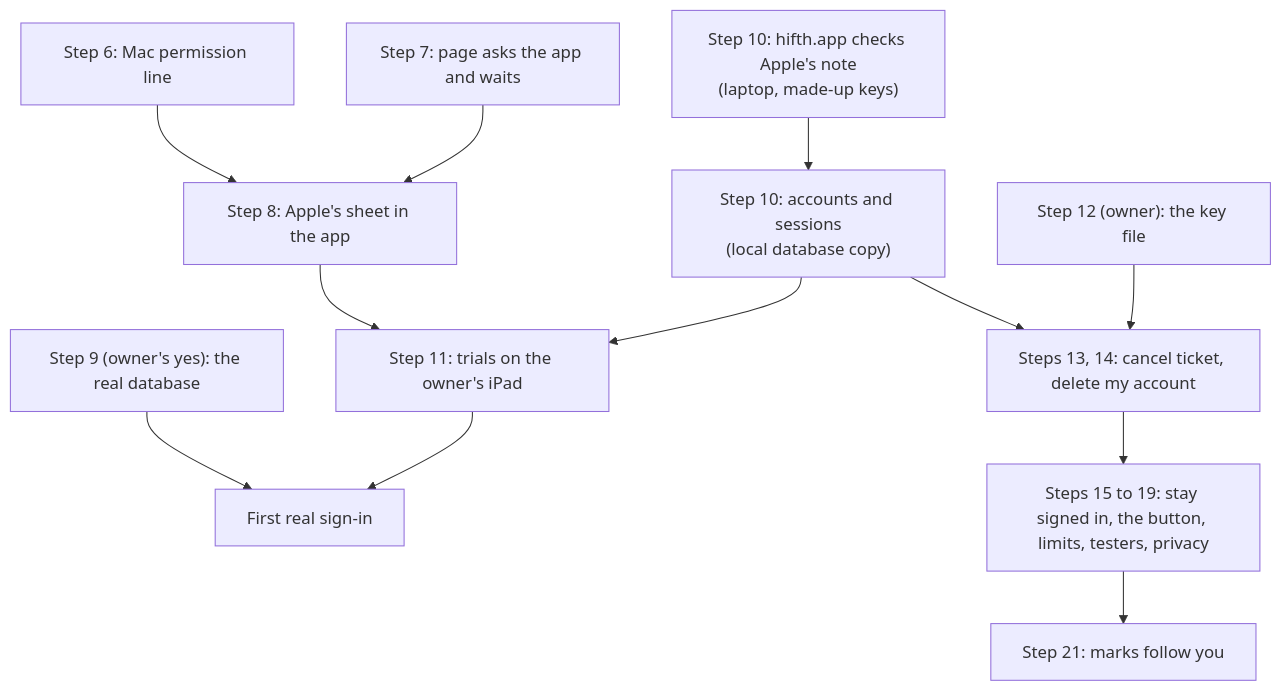
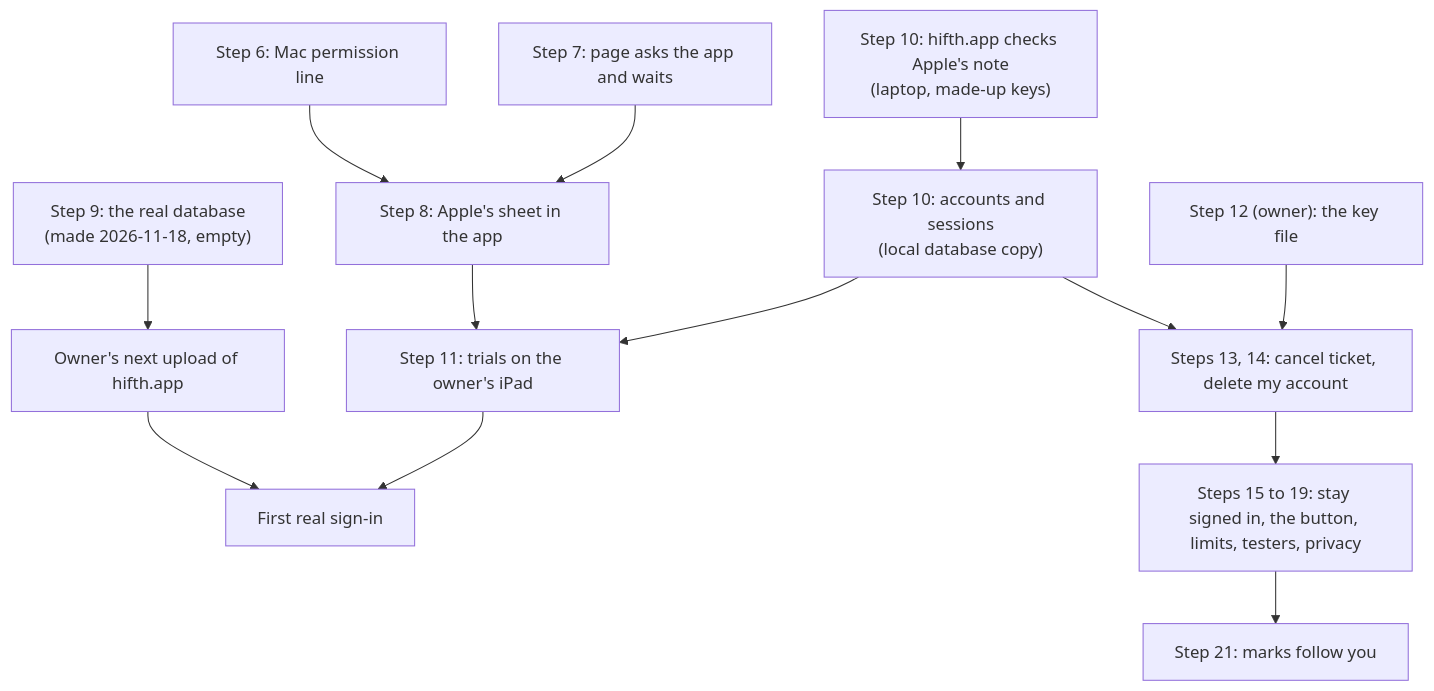
One commit to omars-lab/hifth changed the diagram in .claude/plans/sign-in-build.md. Above: the diagram before and after it, drawn with Mermaid. The commit also changed other lines of this file and 9 other files, not shown here.

First line of the commit message:
hifth.app's accounts database is made (sign-in step 9); sign-in still off

````diff
--- a/.claude/plans/sign-in-build.md
+++ b/.claude/plans/sign-in-build.md
@@ -12,14 +12,15 @@
 ```mermaid
 flowchart TD
   s10["Step 10: hifth.app checks Apple's note<br/>(laptop, made-up keys)"] --> s10b["Step 10: accounts and sessions<br/>(local database copy)"]
   s6["Step 6: Mac permission line"] --> s8
   s7["Step 7: page asks the app and waits"] --> s8["Step 8: Apple's sheet in the app"]
   s8 --> s11["Step 11: trials on the owner's iPad"]
   s10b --> s11
   s10b --> s13["Steps 13, 14: cancel ticket, delete my account"]
   s12["Step 12 (owner): the key file"] --> s13
-  s9["Step 9 (owner's yes): the real database"] --> live["First real sign-in"]
+  s9["Step 9: the real database<br/>(made 2026-11-18, empty)"] --> up["Owner's next upload of hifth.app"]
+  up --> live["First real sign-in"]
   s11 --> live
   s13 --> s15["Steps 15 to 19: stay signed in, the button, limits, testers, privacy"]
   s15 --> s21["Step 21: marks follow you"]
 ```
````
